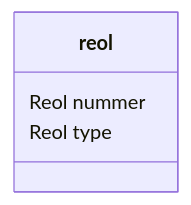
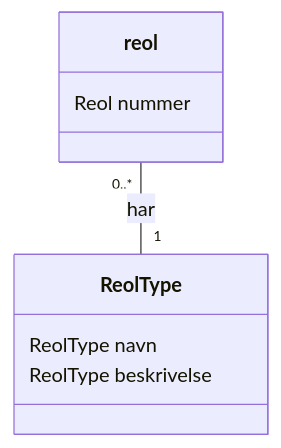
One commit to DMOoF25-TEAM11/ShelfMarket changed the diagram in docs/DomainModel.mmd. Above: the diagram before and after it, drawn with Mermaid. The commit also changed 7 other files, not shown here.

```diff
--- a/docs/DomainModel.mmd
+++ b/docs/DomainModel.mmd
@@ -1,5 +1,10 @@
 classDiagram
     class reol {
         Reol nummer
-        Reol type
     }
+    class ReolType {
+        ReolType navn
+        ReolType beskrivelse
+    }
+
+    reol "0..*" -- "1" ReolType : har
```
